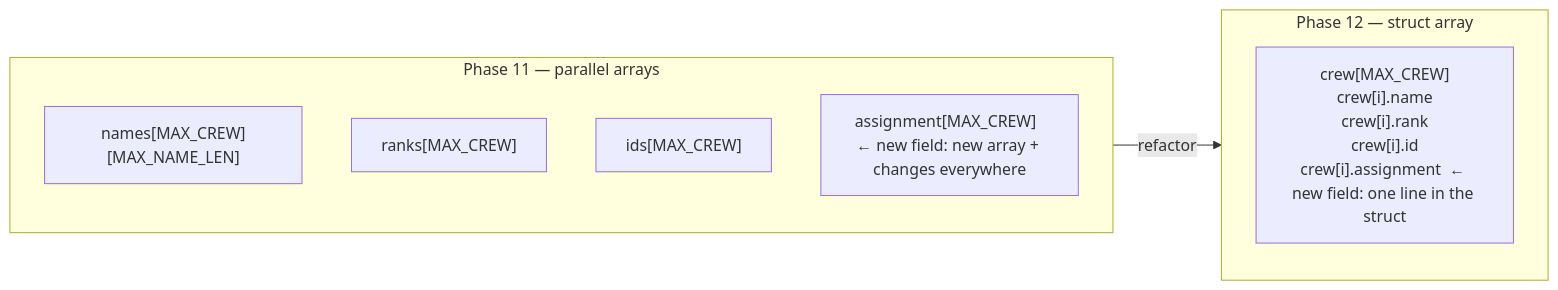
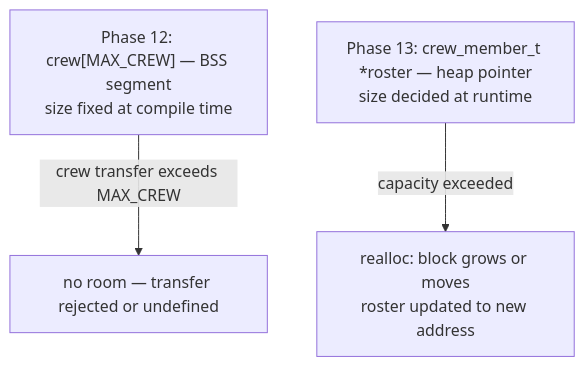
Before and after one commit to deanvons/Calypso: the first of 2 diagrams in README.md, drawn with Mermaid. The commit also changed other lines of this file, not shown here.

Commit message:
DOCS: add phase-13 README

````diff
--- a/README.md
+++ b/README.md
@@ -104,19 +102,5 @@
 ```mermaid
-flowchart LR
-    subgraph parallel["Phase 11 — parallel arrays"]
-        direction TB
-        N["names[MAX_CREW][MAX_NAME_LEN]"]
-        R["ranks[MAX_CREW]"]
-        I["ids[MAX_CREW]"]
-        A["assignment[MAX_CREW]  ← new field: new array + changes everywhere"]
-    end
-    subgraph struct_array["Phase 12 — struct array"]
-        direction TB
-        C["crew[MAX_CREW]
-crew[i].name
-crew[i].rank
-crew[i].id
-crew[i].assignment  ← new field: one line in the struct"]
-    end
-    parallel -->|"refactor"| struct_array
+flowchart TD
+    A["Phase 12: crew[MAX_CREW] — BSS segment\nsize fixed at compile time"] -->|"crew transfer exceeds MAX_CREW"| B["no room — transfer rejected or undefined"]
+    C["Phase 13: crew_member_t *roster — heap pointer\nsize decided at runtime"] -->|"capacity exceeded"| D["realloc: block grows or moves\nroster updated to new address"]
 ```
````
